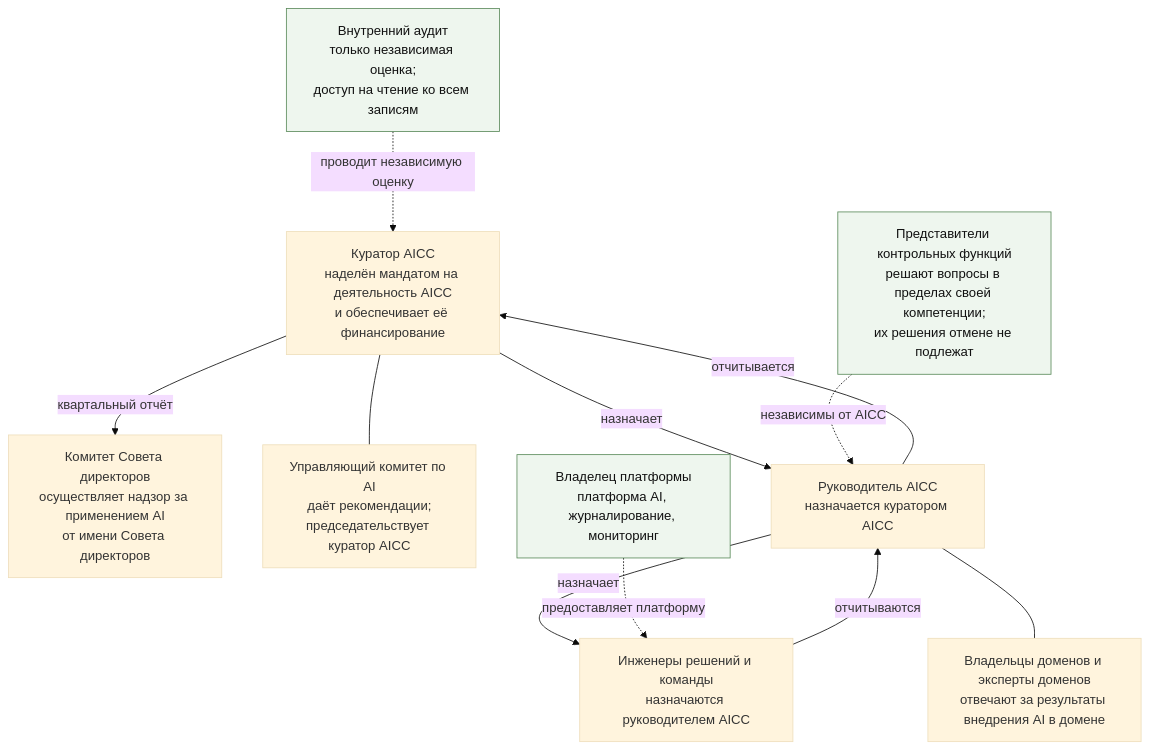
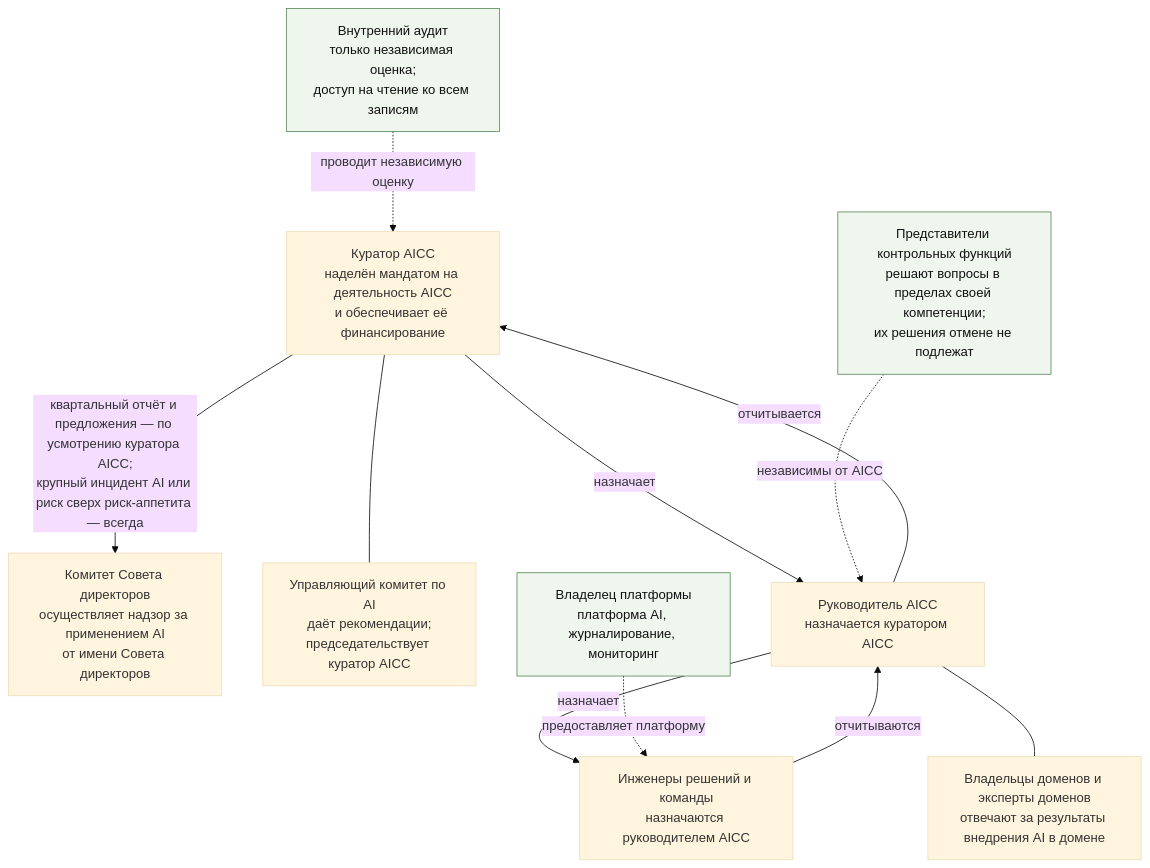
One commit to devhogu/ob-aicc changed the first of 3 diagrams in charter/ru/guides/unit-governance-guide.md. Above: the diagram before and after it, drawn with Mermaid (base theme). The commit also changed other lines of this file and 150 other files, not shown here.

````diff
--- a/charter/ru/guides/unit-governance-guide.md
+++ b/charter/ru/guides/unit-governance-guide.md
@@ -19,24 +19,24 @@
 ```mermaid
 flowchart TB
   BD["Комитет Совета директоров<br/>осуществляет надзор за применением AI<br/>от имени Совета директоров"]
   ES["Куратор AICC<br/>наделён мандатом на деятельность AICC<br/>и обеспечивает её финансирование"]
   AS["Управляющий комитет по AI<br/>даёт рекомендации;<br/>председательствует куратор AICC"]
   AL["Руководитель AICC<br/>назначается куратором AICC"]
   TM["Инженеры решений и команды<br/>назначаются руководителем AICC"]
   DO["Владельцы доменов и эксперты доменов<br/>отвечают за результаты внедрения AI в домене"]
   CF["Представители контрольных функций<br/>решают вопросы в пределах своей компетенции;<br/>их решения отмене не подлежат"]
   PO["Владелец платформы<br/>платформа AI, журналирование, мониторинг"]
   IA["Внутренний аудит<br/>только независимая оценка;<br/>доступ на чтение ко всем записям"]
   ES -->|"назначает"| AL
   ES --- AS
   AL -->|"назначает"| TM
   AL --- DO
   TM -->|"отчитываются"| AL
   AL -->|"отчитывается"| ES
-  ES -->|"квартальный отчёт"| BD
+  ES -->|"квартальный отчёт и предложения — по усмотрению куратора AICC;<br/>крупный инцидент AI или риск сверх риск-аппетита — всегда"| BD
   CF -.->|"независимы от AICC"| AL
   PO -.->|"предоставляет платформу"| TM
   IA -.->|"проводит независимую оценку"| ES
   classDef ext fill:#eef6ee,stroke:#5a8a5a,color:#111
   class CF,PO,IA ext
 ```
````
